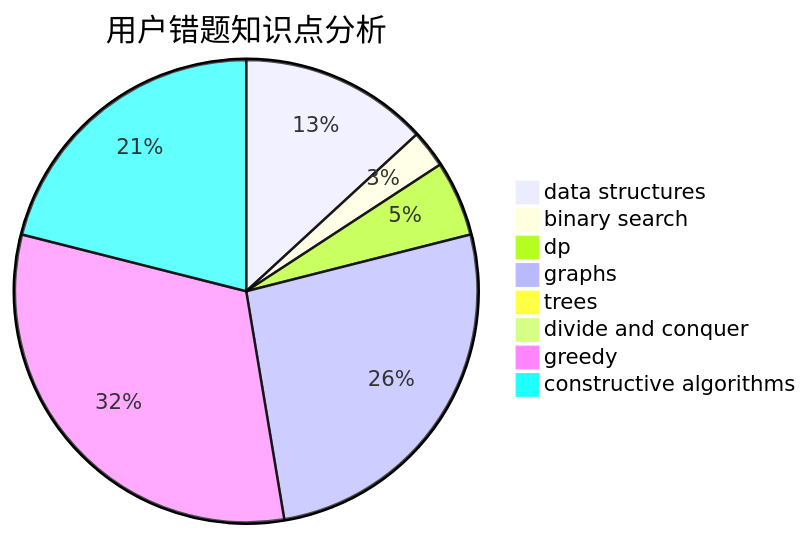
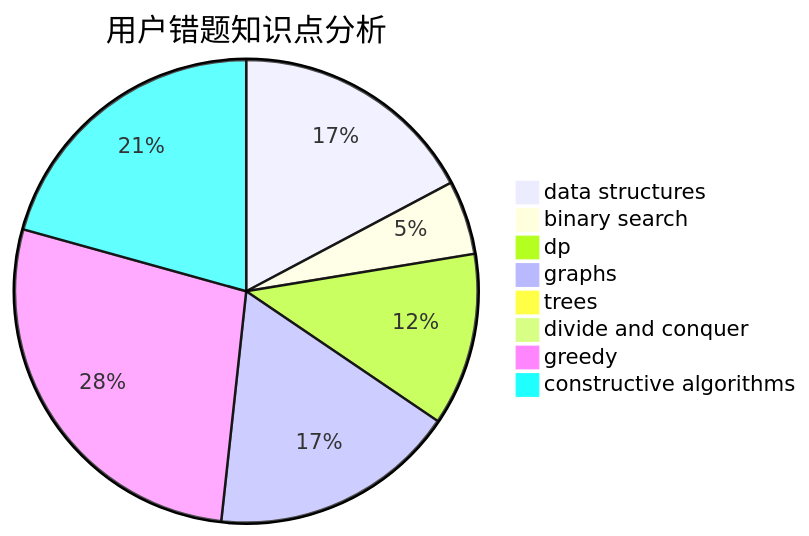
The third of 3 diagrams in docs/user/u556.md (sherpahu/cfrs.github.io), drawn with Mermaid before and after one commit. The commit also changed other lines of this file and 2770 other files, not shown here.

````diff
--- a/docs/user/u556.md
+++ b/docs/user/u556.md
@@ -36,11 +36,11 @@
 ```mermaid
 pie title 用户错题知识点分析
-    "data structures" :  5
-    "binary search" :  1
-    "dp" :  2
+    "data structures" :  10
+    "binary search" :  3
+    "dp" :  7
     "graphs" :  10
     "trees" :  0
     "divide and conquer" :  0
-    "greedy" :  12
-    "constructive algorithms" :  8
+    "greedy" :  16
+    "constructive algorithms" :  12
 ```
````
